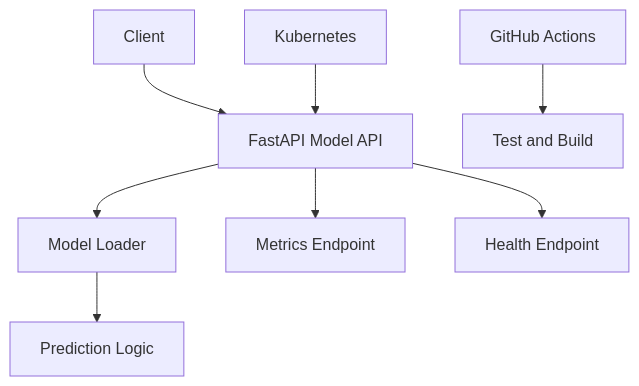
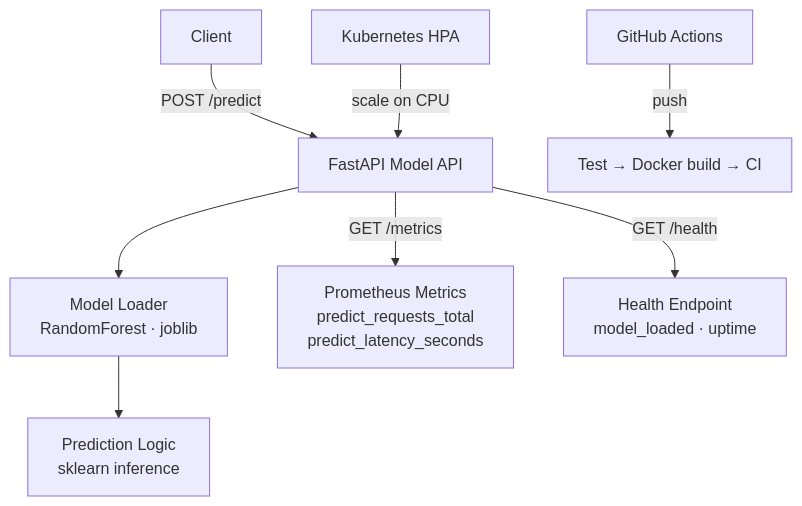
Before and after one commit to gaurav-sng2002/mlops-model-serving-platform: the diagram in README.md, drawn with Mermaid. The commit also changed other lines of this file and 2 other files, not shown here.

````diff
--- a/README.md
+++ b/README.md
@@ -7,10 +18,10 @@
 ```mermaid
 flowchart TD
-    A[Client] --> B[FastAPI Model API]
-    B --> C[Model Loader]
-    C --> D[Prediction Logic]
-    B --> E[Metrics Endpoint]
-    B --> F[Health Endpoint]
-    G[GitHub Actions] --> H[Test and Build]
-    I[Kubernetes] --> B
+    A[Client] -->|POST /predict| B[FastAPI Model API]
+    B --> C[Model Loader\nRandomForest · joblib]
+    C --> D[Prediction Logic\nsklearn inference]
+    B -->|GET /metrics| E[Prometheus Metrics\npredict_requests_total\npredict_latency_seconds]
+    B -->|GET /health| F[Health Endpoint\nmodel_loaded · uptime]
+    G[GitHub Actions] -->|push| H[Test → Docker build → CI]
+    I[Kubernetes HPA] -->|scale on CPU| B
 ```
````
